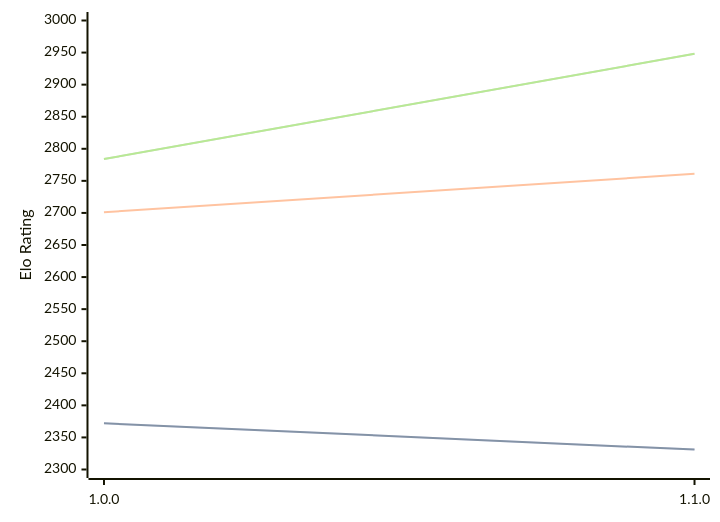
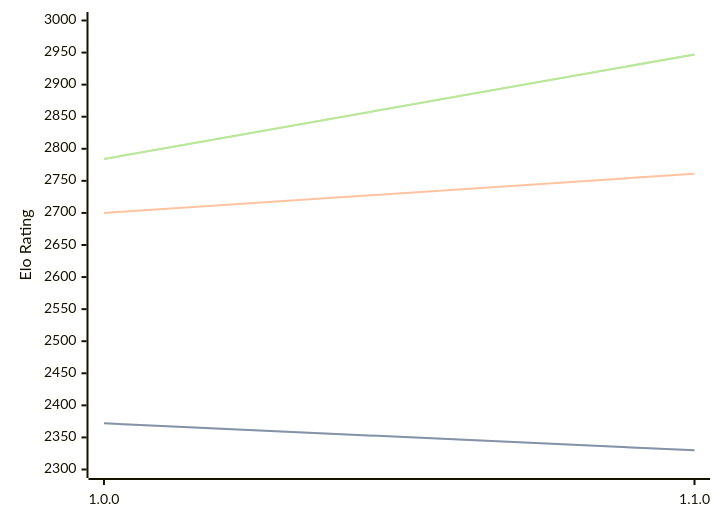
The diagram in engines/ShallowGuess.md (computer-chess-index/cci), drawn with Mermaid before and after one commit. The commit also changed other lines of this file, not shown here.

Commit message:
Update CCI Ratings (ELO VLTC) - 2026-04-21

````diff
--- a/engines/ShallowGuess.md
+++ b/engines/ShallowGuess.md
@@ -36,11 +36,11 @@
 ```mermaid
 %%{init: {"theme":"base","themeVariables":{"seriesColors:['#a3a3a3','#222221','#faa371']}}}%%
 xychart-beta
   x-axis ["1.0.0", "1.1.0"]
   y-axis "Elo Rating" 2300 --> 3000
-  line "STC (8.0+0.08s)" [2372, 2331]
-  line "STC (8.0+0.08s)" [2372, 2331]
-  line "LTC (60.0+0.60s)" [2701, 2761]
-  line "VLTC (2m24s+1.12s)" [2784, 2948]
-  line "VLTC (2m24s+1.12s)" [2784, 2948]
+  line "STC (8.0+0.08s)" [2372, 2330]
+  line "STC (8.0+0.08s)" [2372, 2330]
+  line "LTC (60.0+0.60s)" [2700, 2761]
+  line "VLTC (2m24s+1.12s)" [2784, 2947]
+  line "VLTC (2m24s+1.12s)" [2784, 2947]
 ```
````
